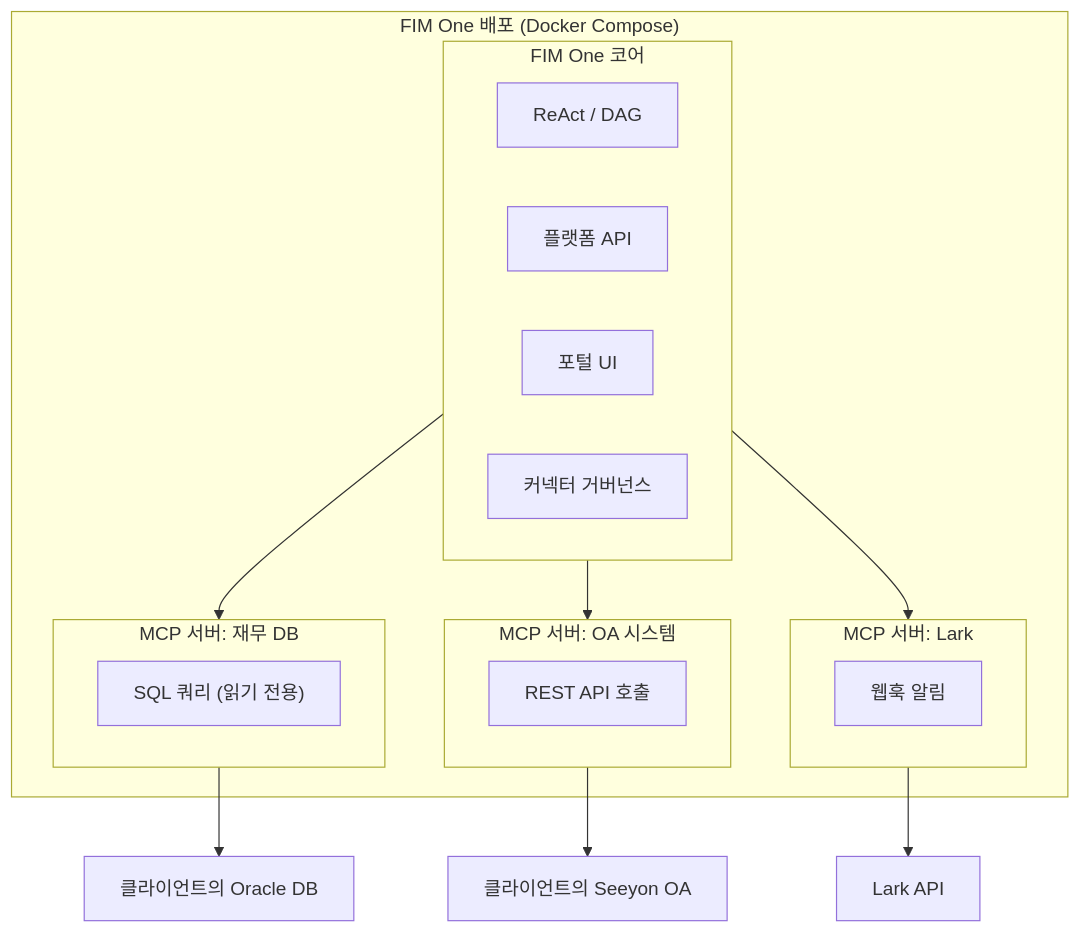
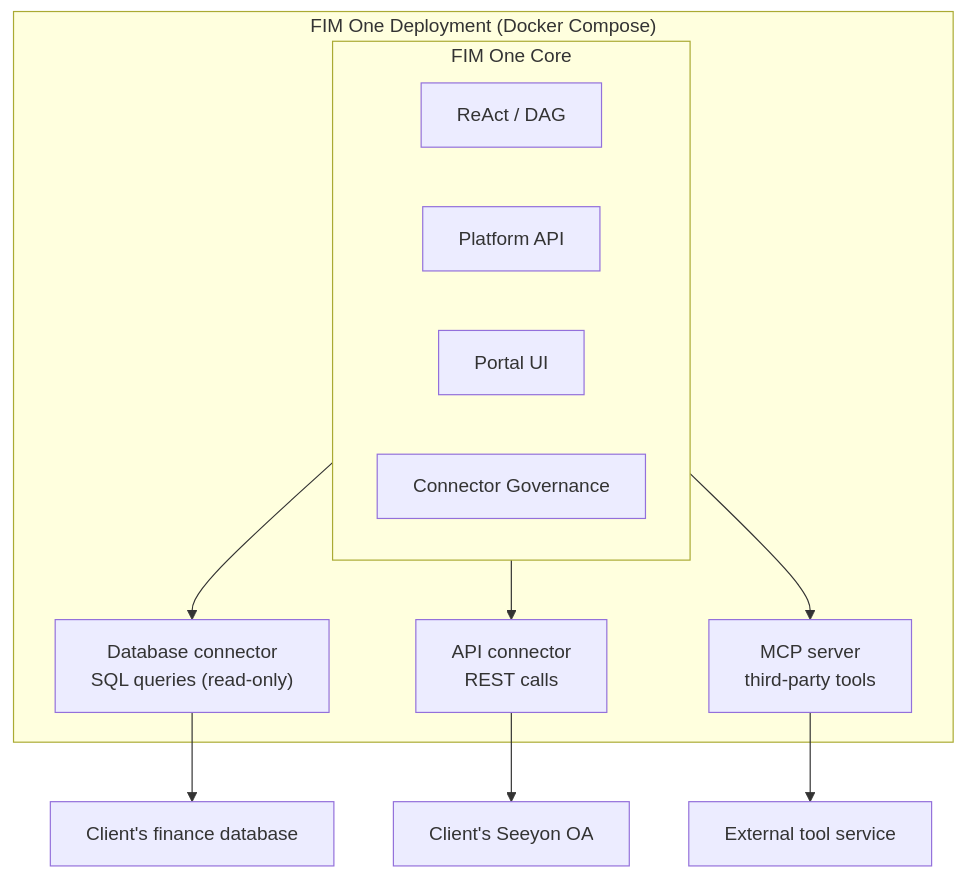
The third of 5 diagrams in docs/ko/architecture/connector-architecture.mdx (fim-ai/fim-one), drawn with Mermaid before and after one commit. The commit also changed other lines of this file and 280 other files, not shown here.

````diff
--- a/docs/ko/architecture/connector-architecture.mdx
+++ b/docs/ko/architecture/connector-architecture.mdx
@@ -106,31 +110,23 @@
 ```mermaid
 flowchart TD
-    subgraph Docker["FIM One 배포 (Docker Compose)"]
-        subgraph Core["FIM One 코어"]
+    subgraph Docker["FIM One Deployment (Docker Compose)"]
+        subgraph Core["FIM One Core"]
             R["ReAct / DAG"]
-            P["플랫폼 API"]
-            U["포털 UI"]
-            G["커넥터 거버넌스"]
+            P["Platform API"]
+            U["Portal UI"]
+            G["Connector Governance"]
         end
 
-        subgraph MCP1["MCP 서버: 재무 DB"]
-            M1["SQL 쿼리 (읽기 전용)"]
-        end
+        A1["Database connector<br/>SQL queries (read-only)"]
+        A2["API connector<br/>REST calls"]
+        A3["MCP server<br/>third-party tools"]
 
-        subgraph MCP2["MCP 서버: OA 시스템"]
-            M2["REST API 호출"]
-        end
-
-        subgraph MCP3["MCP 서버: Lark"]
-            M3["웹훅 알림"]
-        end
-
-        Core --> MCP1
-        Core --> MCP2
-        Core --> MCP3
+        Core --> A1
+        Core --> A2
+        Core --> A3
     end
 
-    MCP1 --> Oracle["클라이언트의 Oracle DB"]
-    MCP2 --> Seeyon["클라이언트의 Seeyon OA"]
-    MCP3 --> Lark["Lark API"]
+    A1 --> PG["Client's finance database"]
+    A2 --> Seeyon["Client's Seeyon OA"]
+    A3 --> Ext["External tool service"]
 ```
````
